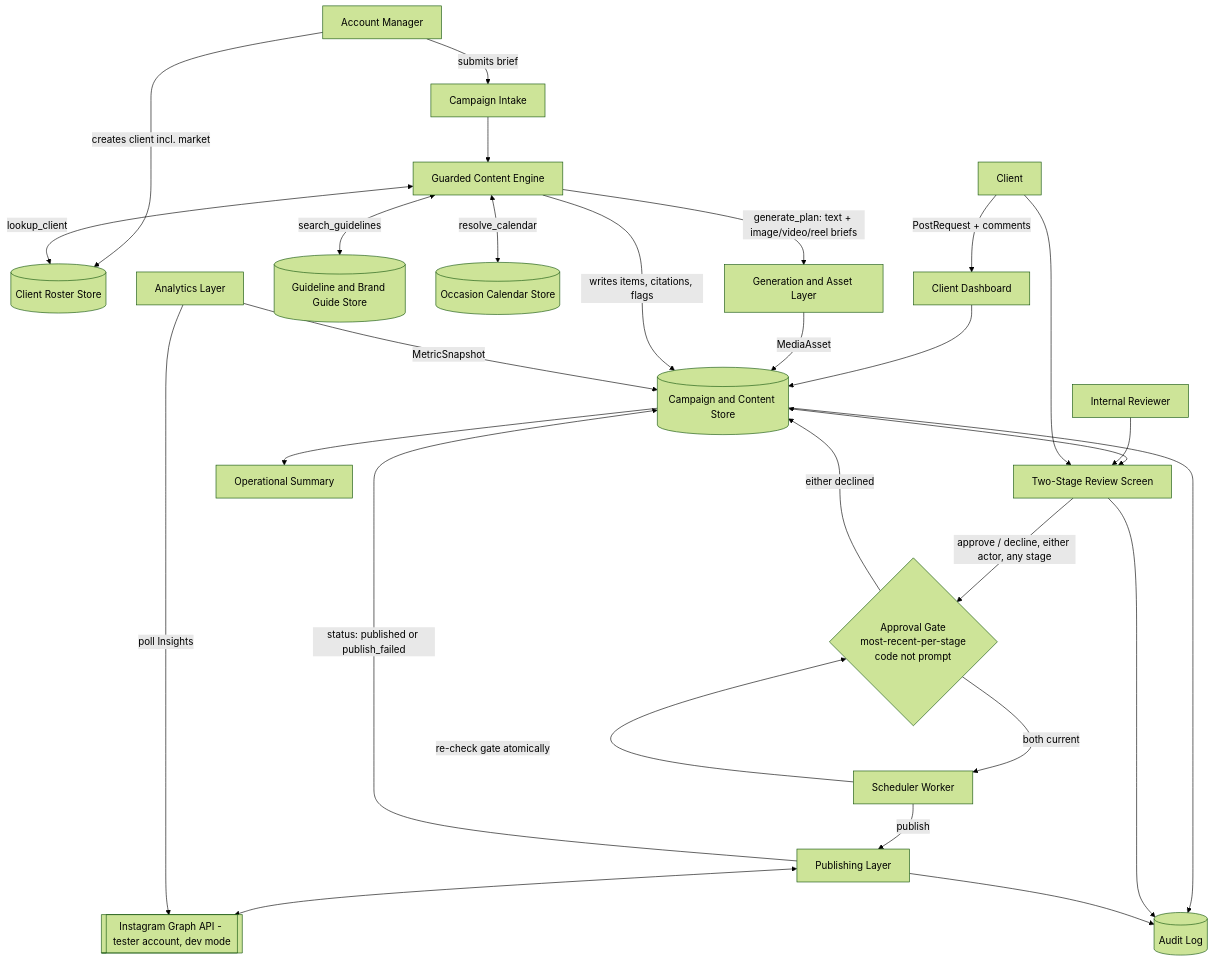
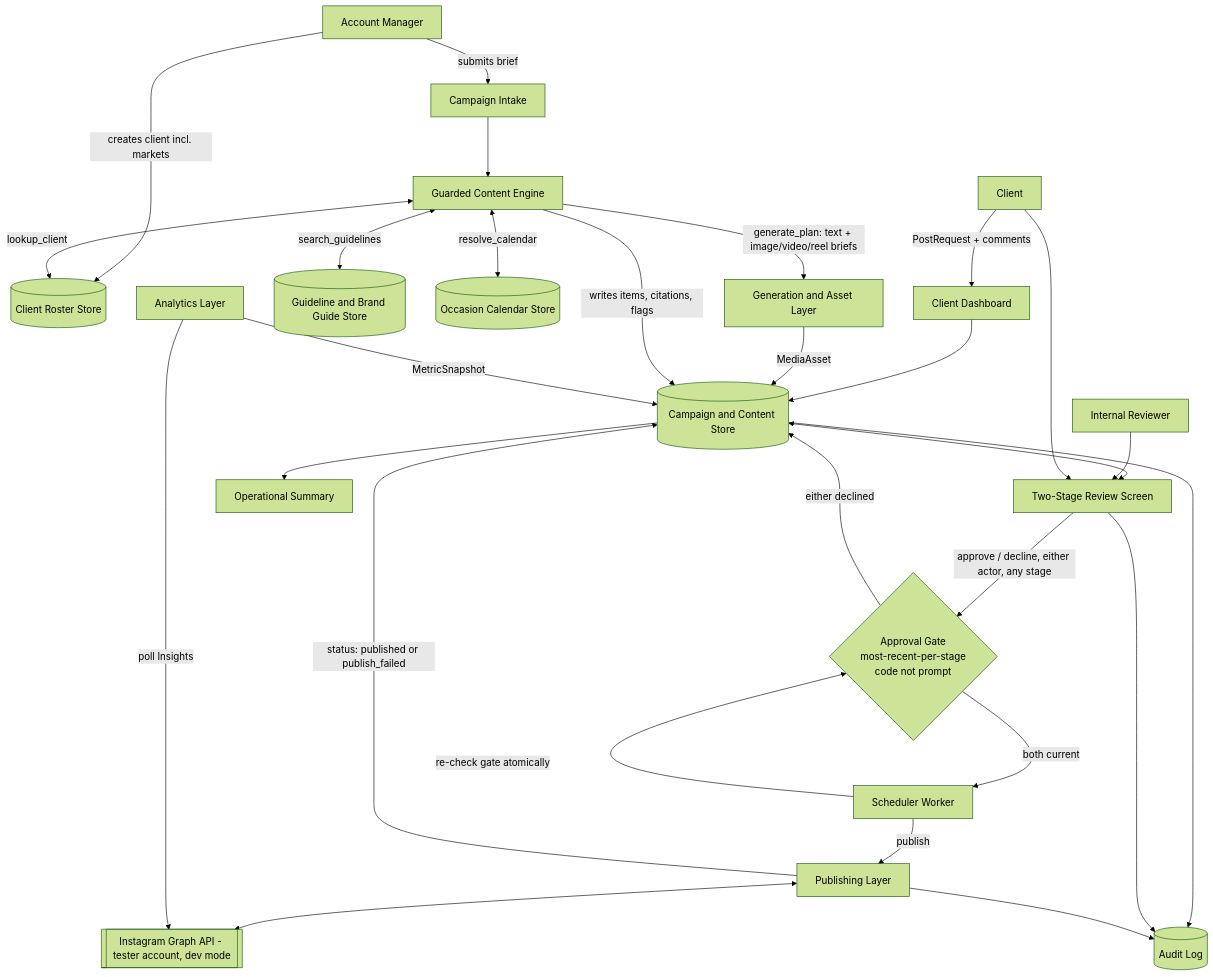
One commit to amrhsn74/SkipDistances changed the first of 6 diagrams in system_architecture.md. Above: the diagram before and after it, drawn with Mermaid (forest theme). The commit also changed other lines of this file and 3 other files, not shown here.

````diff
--- a/system_architecture.md
+++ b/system_architecture.md
@@ -46,37 +46,37 @@
 ```mermaid
 flowchart TB
-    AM[Account Manager] -->|creates client incl. market| ROSTER
+    AM[Account Manager] -->|creates client incl. markets| ROSTER
     AM -->|submits brief| INTAKE[Campaign Intake]
     CLIENT_USER[Client] -->|PostRequest + comments| DASH[Client Dashboard]
     DASH --> DATA
 
     INTAKE --> ENGINE[Guarded Content Engine]
     ROSTER[(Client Roster Store)]
     GUIDE[(Guideline and Brand Guide Store)]
     CAL[(Occasion Calendar Store)]
     ENGINE <-->|lookup_client| ROSTER
     ENGINE <-->|resolve_calendar| CAL
     ENGINE <-->|search_guidelines| GUIDE
     ENGINE -->|generate_plan: text + image/video/reel briefs| GEN[Generation and Asset Layer]
     GEN -->|MediaAsset| DATA[(Campaign and Content Store)]
     ENGINE -->|writes items, citations, flags| DATA
 
     DATA <--> REVIEW[Two-Stage Review Screen]
     REVIEWER[Internal Reviewer] --> REVIEW
     CLIENT_USER --> REVIEW
     REVIEW -->|approve / decline, either actor, any stage| GATE{Approval Gate\nmost-recent-per-stage\ncode not prompt}
     GATE -->|both current| SCHED_JOB[Scheduler Worker]
     GATE -->|either declined| DATA
 
     SCHED_JOB -->|re-check gate atomically| GATE
     SCHED_JOB -->|publish| PUB[Publishing Layer]
     PUB <--> IG[[Instagram Graph API - tester account, dev mode]]
     PUB -->|status: published or publish_failed| DATA
 
     ANALYTICS[Analytics Layer] -->|poll Insights| IG
     ANALYTICS -->|MetricSnapshot| DATA
     DATA --> SUMMARY[Operational Summary]
     DATA --> AUDIT[(Audit Log)]
     REVIEW --> AUDIT
     PUB --> AUDIT
 ```
````
